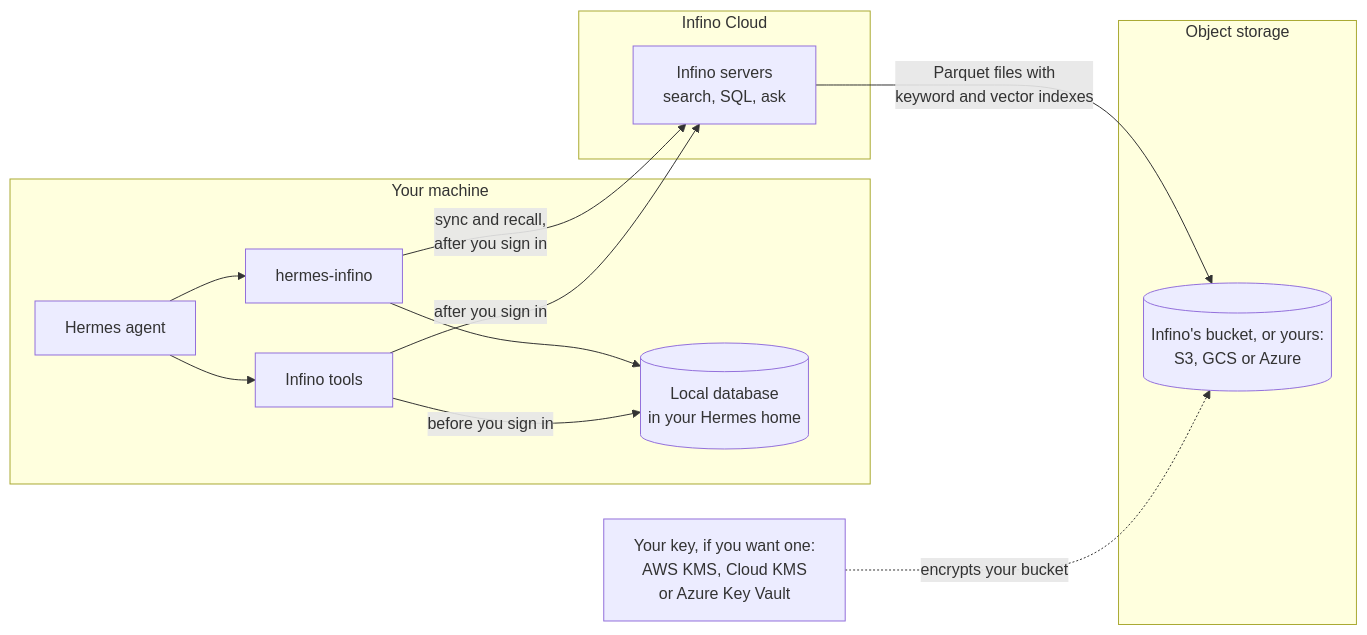
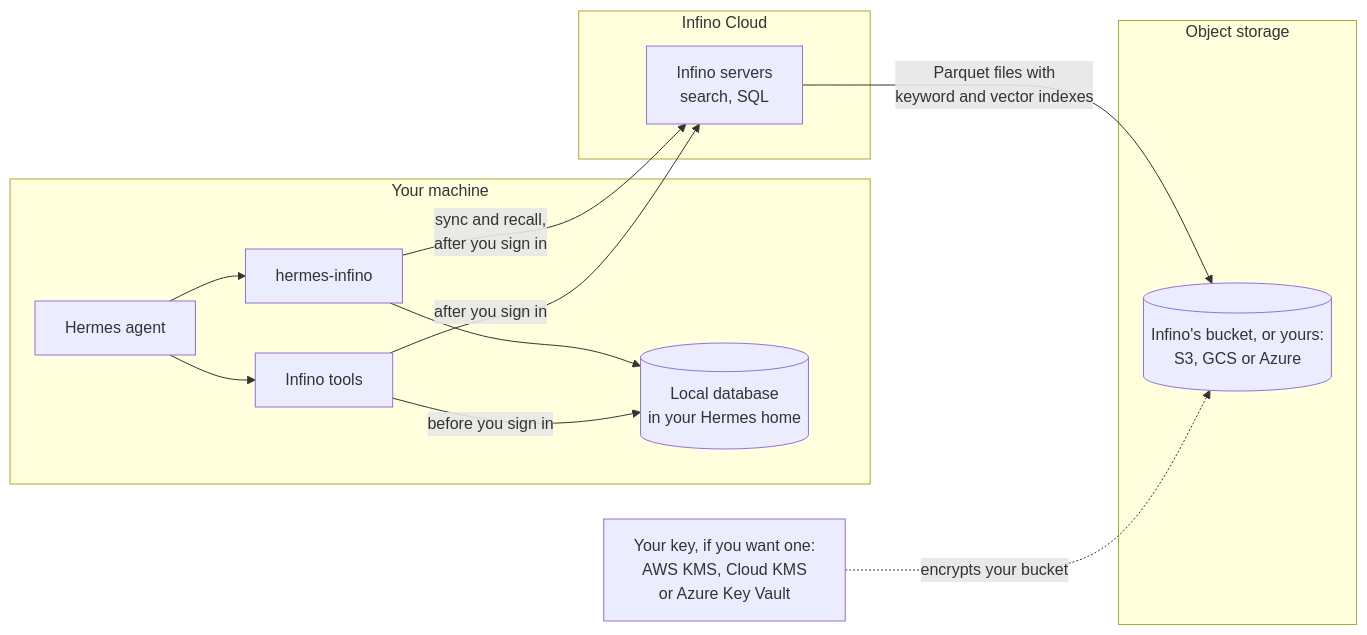
One commit to infino-ai/hermes-infino changed the first of 2 diagrams in README.md. Above: the diagram before and after it, drawn with Mermaid. The commit also changed other lines of this file and 5 other files, not shown here.

````diff
--- a/README.md
+++ b/README.md
@@ -45,20 +45,20 @@
 ```mermaid
 flowchart LR
   subgraph machine ["Your machine"]
     H[Hermes agent] --> P[hermes-infino]
     H --> T[Infino tools]
     P --> L[("Local database<br/>in your Hermes home")]
     T -->|"before you sign in"| L
   end
   subgraph cloud ["Infino Cloud"]
-    S["Infino servers<br/>search, SQL, ask"]
+    S["Infino servers<br/>search, SQL"]
   end
   subgraph storage ["Object storage"]
     B[("Infino's bucket, or yours:<br/>S3, GCS or Azure")]
   end
   K["Your key, if you want one:<br/>AWS KMS, Cloud KMS<br/>or Azure Key Vault"]
   P -->|"sync and recall,<br/>after you sign in"| S
   T -->|"after you sign in"| S
   S -->|"Parquet files with<br/>keyword and vector indexes"| B
   K -.->|"encrypts your bucket"| B
 ```
````
